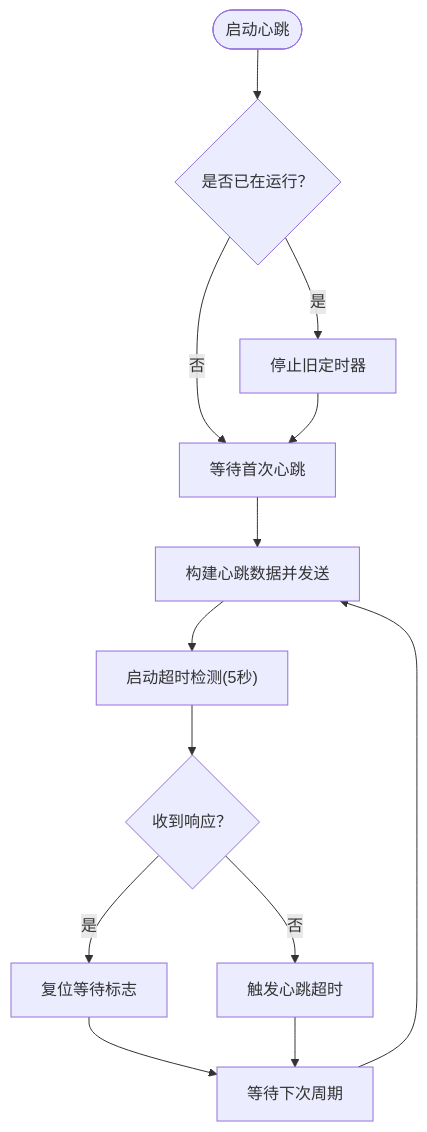
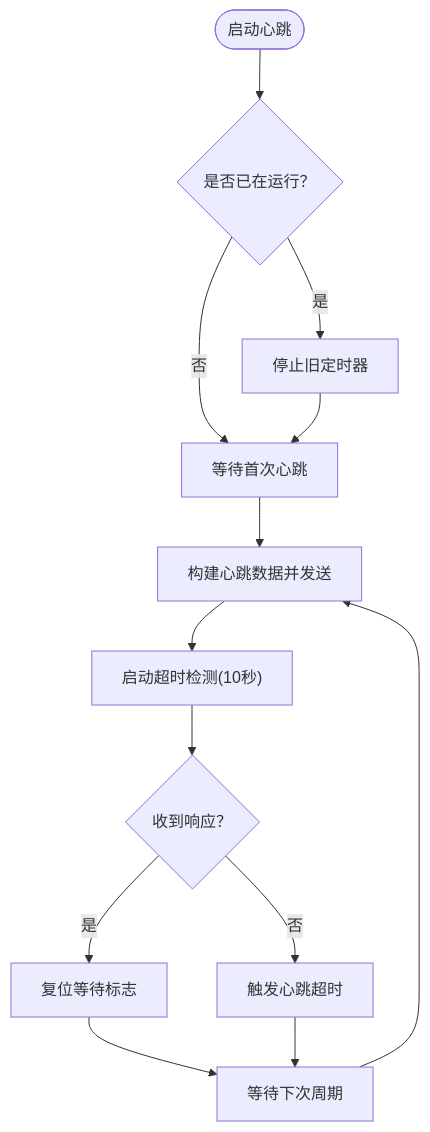
Before and after one commit to HeQiTZD/Triple-terminal-Attendance-Punching-System: the fourth of 12 diagrams in .qoder/repowiki/zh/content/核心模块/网络客户端模块/网络客户端模块.md, drawn with Mermaid. The commit also changed other lines of this file and 27 other files, not shown here.

````diff
--- a/.qoder/repowiki/zh/content/核心模块/网络客户端模块/网络客户端模块.md
+++ b/.qoder/repowiki/zh/content/核心模块/网络客户端模块/网络客户端模块.md
@@ -248,15 +246,15 @@
 ```mermaid
 flowchart TD
 Start(["启动心跳"]) --> CheckRun{"是否已在运行？"}
 CheckRun --> |是| StopPrev["停止旧定时器"]
 CheckRun --> |否| WaitFirst["等待首次心跳"]
 StopPrev --> WaitFirst
 WaitFirst --> SendHB["构建心跳数据并发送"]
-SendHB --> StartTO["启动超时检测(5秒)"]
+SendHB --> StartTO["启动超时检测(10秒)"]
 StartTO --> RespOK{"收到响应？"}
 RespOK --> |是| ResetFlag["复位等待标志"]
 RespOK --> |否| Timeout["触发心跳超时"]
 ResetFlag --> Loop["等待下次周期"]
 Timeout --> Loop
 Loop --> SendHB
 ```
````
